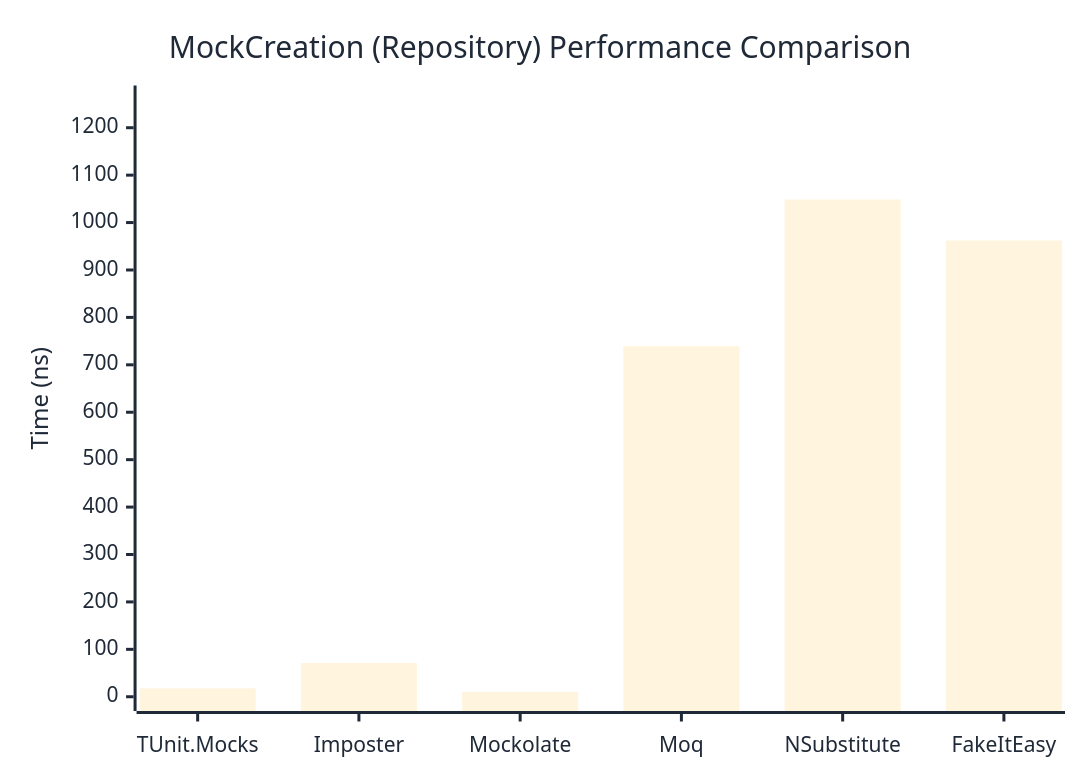
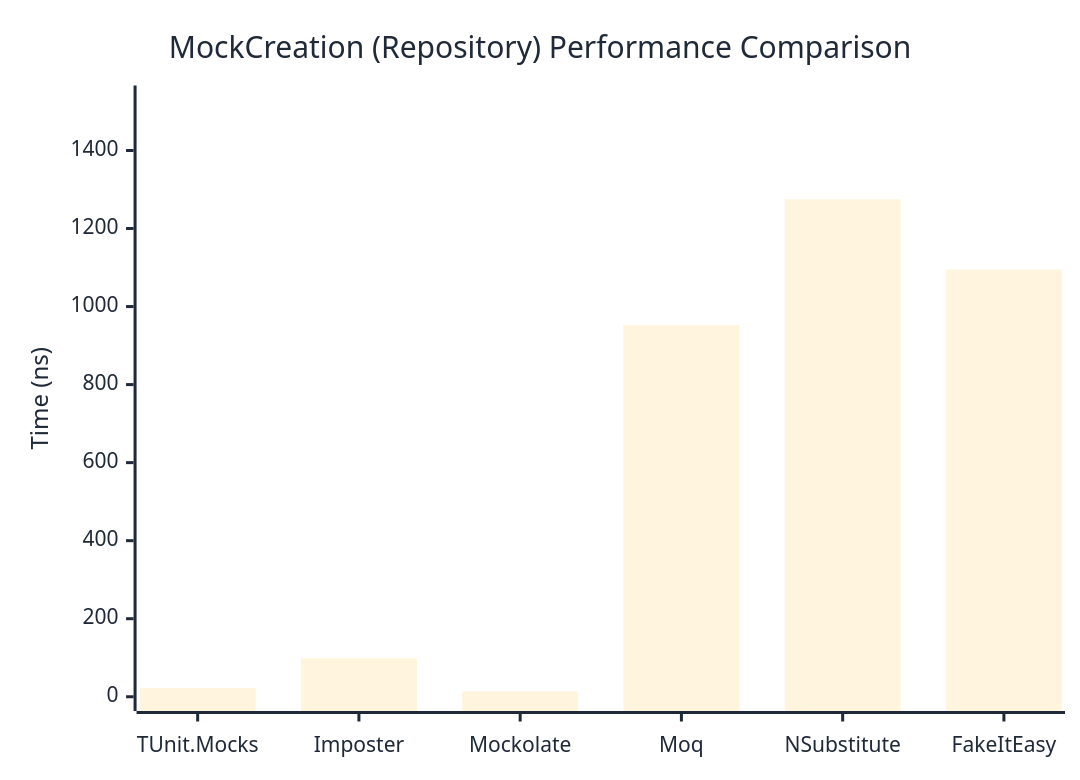
Before and after one commit to thomhurst/TUnit: the second of 2 diagrams in docs/docs/benchmarks/mocks/MockCreation.md, drawn with Mermaid. The commit also changed other lines of this file and 14 other files, not shown here.

````diff
--- a/docs/docs/benchmarks/mocks/MockCreation.md
+++ b/docs/docs/benchmarks/mocks/MockCreation.md
@@ -71,27 +71,27 @@
 ```mermaid
 %%{init: {
   'theme':'base',
   'themeVariables': {
     'primaryColor': '#2563eb',
     'primaryTextColor': '#1f2937',
     'primaryBorderColor': '#1e40af',
     'lineColor': '#6b7280',
     'secondaryColor': '#7c3aed',
     'tertiaryColor': '#dc2626',
     'background': '#ffffff',
     'pie1': '#2563eb',
     'pie2': '#7c3aed',
     'pie3': '#dc2626',
     'pie4': '#f59e0b',
     'pie5': '#10b981',
     'pie6': '#06b6d4',
     'pie7': '#ec4899',
     'pie8': '#6366f1'
   }
 }}%%
 xychart-beta
   title "MockCreation (Repository) Performance Comparison"
   x-axis ["TUnit.Mocks", "Imposter", "Mockolate", "Moq", "NSubstitute", "FakeItEasy"]
-  y-axis "Time (ns)" 0 --> 1259
-  bar [17.608, 71.193, 10.375, 739.232, 1048.627, 962.145]
+  y-axis "Time (ns)" 0 --> 1530
+  bar [22.2, 98.83, 13.67, 952.83, 1274.8, 1094.93]
 ```
````
